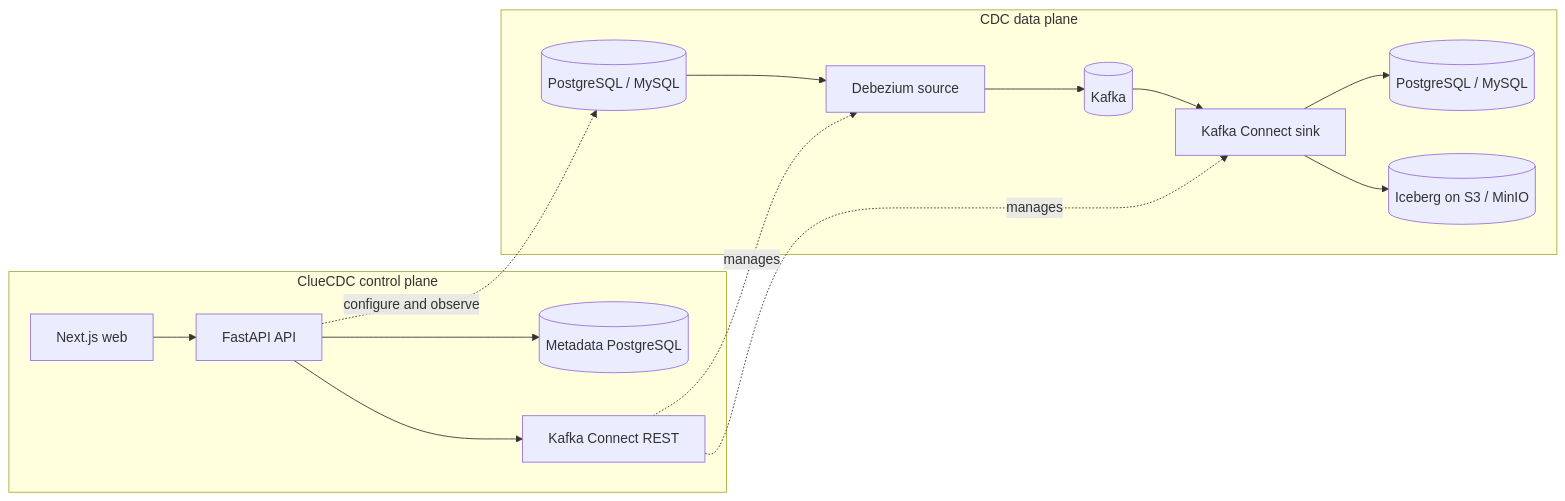
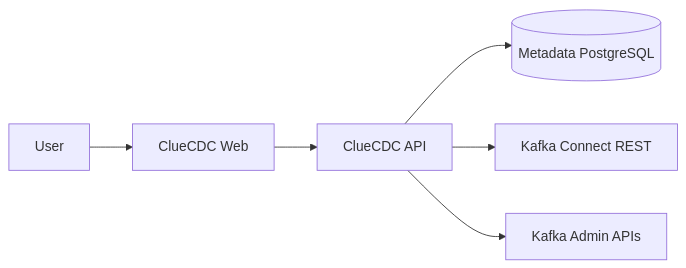
One commit to cluedata/cluecdc changed the first of 2 diagrams in docs/index.md. Above: the diagram before and after it, drawn with Mermaid. The commit also changed other lines of this file and 81 other files, not shown here.

````diff
--- a/docs/index.md
+++ b/docs/index.md
@@ -63,18 +26,8 @@
 ```mermaid
 flowchart LR
-  subgraph CP[ClueCDC control plane]
-    Web[Next.js web] --> API[FastAPI API]
-    API --> Meta[(Metadata PostgreSQL)]
-    API --> ConnectAPI[Kafka Connect REST]
-  end
-  subgraph DP[CDC data plane]
-    Source[(PostgreSQL / MySQL)] --> Debezium[Debezium source]
-    Debezium --> Kafka[(Kafka)]
-    Kafka --> Sink[Kafka Connect sink]
-    Sink --> DB[(PostgreSQL / MySQL)]
-    Sink --> Iceberg[(Iceberg on S3 / MinIO)]
-  end
-  API -. configure and observe .-> Source
-  ConnectAPI -. manages .-> Debezium
-  ConnectAPI -. manages .-> Sink
+  User --> UI[ClueCDC Web]
+  UI --> API[ClueCDC API]
+  API --> Metadata[(Metadata PostgreSQL)]
+  API --> ConnectAPI[Kafka Connect REST]
+  API --> KafkaAdmin[Kafka Admin APIs]
 ```
````
